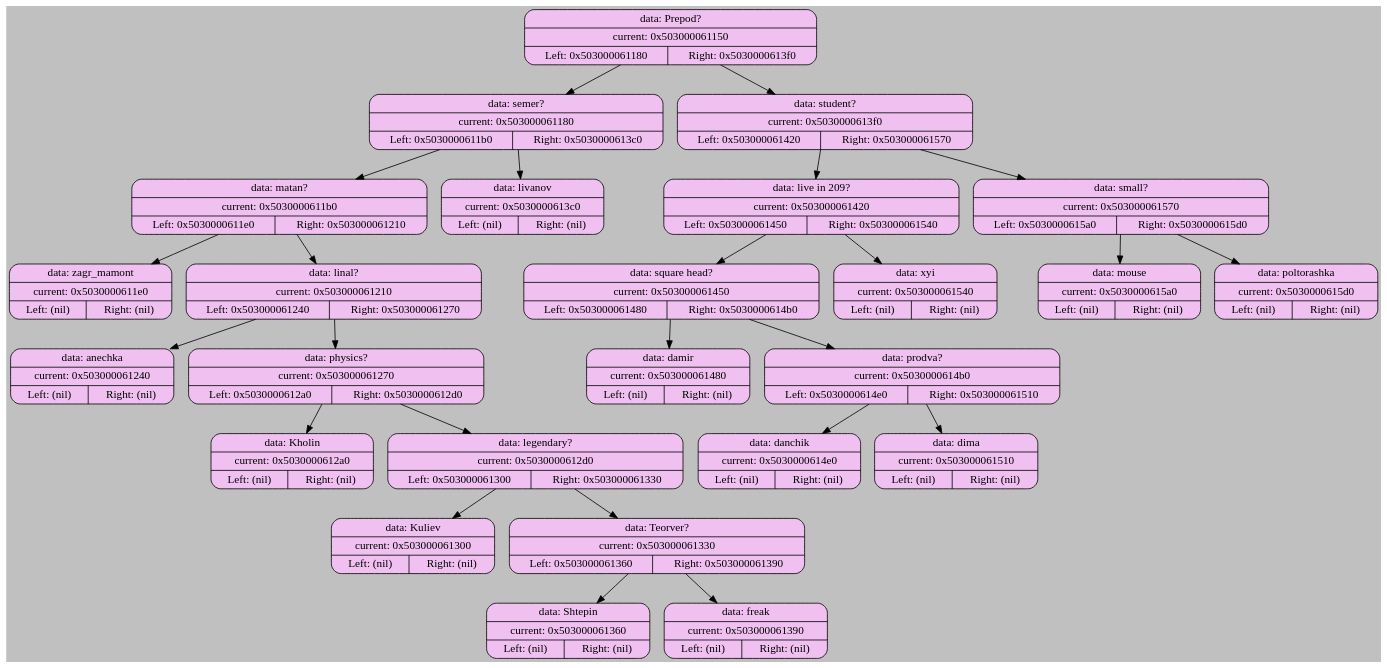
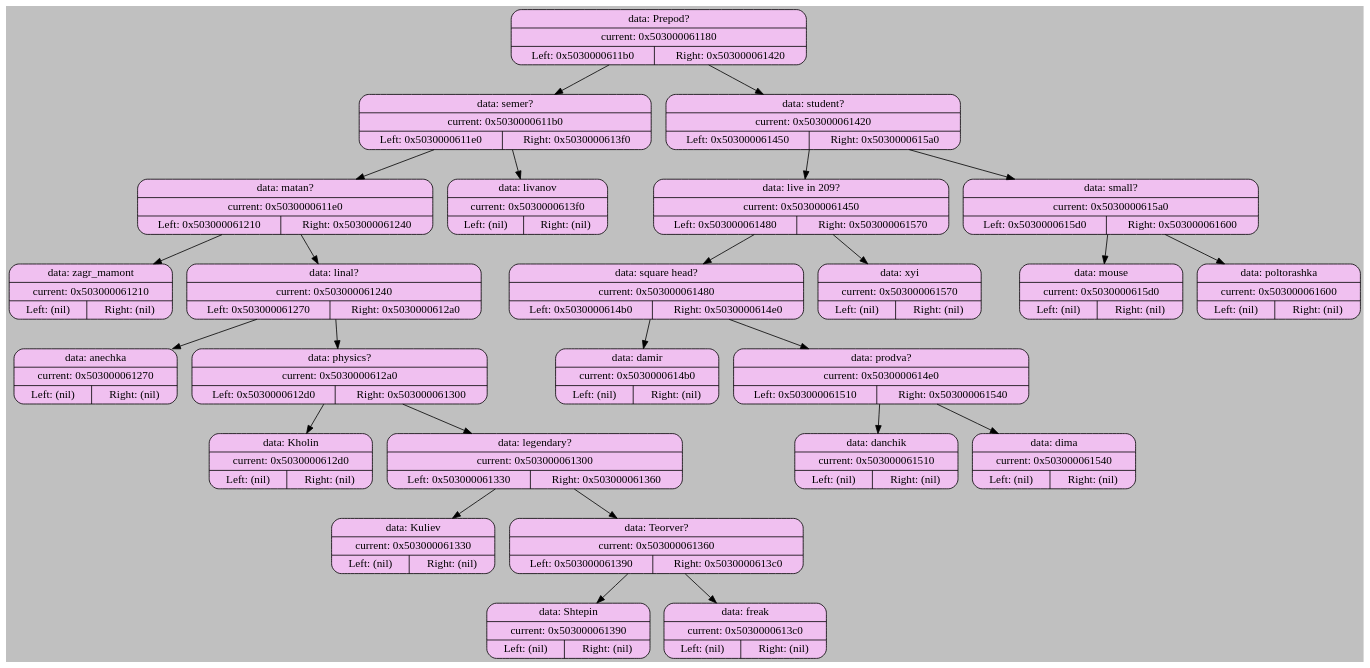
The diagram in graph_dump/graph_1.dot (Atlaxsyys/akinator), drawn with Graphviz before and after one commit. The commit also changed 12 other files, not shown here.

```diff
--- a/graph_dump/graph_1.dot
+++ b/graph_dump/graph_1.dot
@@ -1,54 +1,54 @@
 digraph BinaryTree {
     bgcolor="#C0C0C0";
 
     node [shape=record];
-    "0x503000061150" [shape=Mrecord, style=filled; fillcolor="#F0C0F0"; label="{data: Prepod? | current: 0x503000061150 | { Left: 0x503000061180 | Right: 0x5030000613f0 } }"];
-    "0x503000061150" -> "0x503000061180";
-    "0x503000061180" [shape=Mrecord, style=filled; fillcolor="#F0C0F0"; label="{data: semer? | current: 0x503000061180 | { Left: 0x5030000611b0 | Right: 0x5030000613c0 } }"];
+    "0x503000061180" [shape=Mrecord, style=filled; fillcolor="#F0C0F0"; label="{data: Prepod? | current: 0x503000061180 | { Left: 0x5030000611b0 | Right: 0x503000061420 } }"];
     "0x503000061180" -> "0x5030000611b0";
-    "0x5030000611b0" [shape=Mrecord, style=filled; fillcolor="#F0C0F0"; label="{data: matan? | current: 0x5030000611b0 | { Left: 0x5030000611e0 | Right: 0x503000061210 } }"];
+    "0x5030000611b0" [shape=Mrecord, style=filled; fillcolor="#F0C0F0"; label="{data: semer? | current: 0x5030000611b0 | { Left: 0x5030000611e0 | Right: 0x5030000613f0 } }"];
     "0x5030000611b0" -> "0x5030000611e0";
-    "0x5030000611e0" [shape=Mrecord, style=filled; fillcolor="#F0C0F0"; label="{data: zagr_mamont | current: 0x5030000611e0 | { Left: (nil) | Right: (nil) } }"];
-    "0x5030000611b0" -> "0x503000061210";
-    "0x503000061210" [shape=Mrecord, style=filled; fillcolor="#F0C0F0"; label="{data: linal? | current: 0x503000061210 | { Left: 0x503000061240 | Right: 0x503000061270 } }"];
-    "0x503000061210" -> "0x503000061240";
-    "0x503000061240" [shape=Mrecord, style=filled; fillcolor="#F0C0F0"; label="{data: anechka | current: 0x503000061240 | { Left: (nil) | Right: (nil) } }"];
-    "0x503000061210" -> "0x503000061270";
-    "0x503000061270" [shape=Mrecord, style=filled; fillcolor="#F0C0F0"; label="{data: physics? | current: 0x503000061270 | { Left: 0x5030000612a0 | Right: 0x5030000612d0 } }"];
-    "0x503000061270" -> "0x5030000612a0";
-    "0x5030000612a0" [shape=Mrecord, style=filled; fillcolor="#F0C0F0"; label="{data: Kholin | current: 0x5030000612a0 | { Left: (nil) | Right: (nil) } }"];
-    "0x503000061270" -> "0x5030000612d0";
-    "0x5030000612d0" [shape=Mrecord, style=filled; fillcolor="#F0C0F0"; label="{data: legendary? | current: 0x5030000612d0 | { Left: 0x503000061300 | Right: 0x503000061330 } }"];
-    "0x5030000612d0" -> "0x503000061300";
-    "0x503000061300" [shape=Mrecord, style=filled; fillcolor="#F0C0F0"; label="{data: Kuliev | current: 0x503000061300 | { Left: (nil) | Right: (nil) } }"];
-    "0x5030000612d0" -> "0x503000061330";
-    "0x503000061330" [shape=Mrecord, style=filled; fillcolor="#F0C0F0"; label="{data: Teorver? | current: 0x503000061330 | { Left: 0x503000061360 | Right: 0x503000061390 } }"];
-    "0x503000061330" -> "0x503000061360";
-    "0x503000061360" [shape=Mrecord, style=filled; fillcolor="#F0C0F0"; label="{data: Shtepin | current: 0x503000061360 | { Left: (nil) | Right: (nil) } }"];
-    "0x503000061330" -> "0x503000061390";
-    "0x503000061390" [shape=Mrecord, style=filled; fillcolor="#F0C0F0"; label="{data: freak | current: 0x503000061390 | { Left: (nil) | Right: (nil) } }"];
-    "0x503000061180" -> "0x5030000613c0";
-    "0x5030000613c0" [shape=Mrecord, style=filled; fillcolor="#F0C0F0"; label="{data: livanov | current: 0x5030000613c0 | { Left: (nil) | Right: (nil) } }"];
-    "0x503000061150" -> "0x5030000613f0";
-    "0x5030000613f0" [shape=Mrecord, style=filled; fillcolor="#F0C0F0"; label="{data: student? | current: 0x5030000613f0 | { Left: 0x503000061420 | Right: 0x503000061570 } }"];
-    "0x5030000613f0" -> "0x503000061420";
-    "0x503000061420" [shape=Mrecord, style=filled; fillcolor="#F0C0F0"; label="{data: live in 209? | current: 0x503000061420 | { Left: 0x503000061450 | Right: 0x503000061540 } }"];
+    "0x5030000611e0" [shape=Mrecord, style=filled; fillcolor="#F0C0F0"; label="{data: matan? | current: 0x5030000611e0 | { Left: 0x503000061210 | Right: 0x503000061240 } }"];
+    "0x5030000611e0" -> "0x503000061210";
+    "0x503000061210" [shape=Mrecord, style=filled; fillcolor="#F0C0F0"; label="{data: zagr_mamont | current: 0x503000061210 | { Left: (nil) | Right: (nil) } }"];
+    "0x5030000611e0" -> "0x503000061240";
+    "0x503000061240" [shape=Mrecord, style=filled; fillcolor="#F0C0F0"; label="{data: linal? | current: 0x503000061240 | { Left: 0x503000061270 | Right: 0x5030000612a0 } }"];
+    "0x503000061240" -> "0x503000061270";
+    "0x503000061270" [shape=Mrecord, style=filled; fillcolor="#F0C0F0"; label="{data: anechka | current: 0x503000061270 | { Left: (nil) | Right: (nil) } }"];
+    "0x503000061240" -> "0x5030000612a0";
+    "0x5030000612a0" [shape=Mrecord, style=filled; fillcolor="#F0C0F0"; label="{data: physics? | current: 0x5030000612a0 | { Left: 0x5030000612d0 | Right: 0x503000061300 } }"];
+    "0x5030000612a0" -> "0x5030000612d0";
+    "0x5030000612d0" [shape=Mrecord, style=filled; fillcolor="#F0C0F0"; label="{data: Kholin | current: 0x5030000612d0 | { Left: (nil) | Right: (nil) } }"];
+    "0x5030000612a0" -> "0x503000061300";
+    "0x503000061300" [shape=Mrecord, style=filled; fillcolor="#F0C0F0"; label="{data: legendary? | current: 0x503000061300 | { Left: 0x503000061330 | Right: 0x503000061360 } }"];
+    "0x503000061300" -> "0x503000061330";
+    "0x503000061330" [shape=Mrecord, style=filled; fillcolor="#F0C0F0"; label="{data: Kuliev | current: 0x503000061330 | { Left: (nil) | Right: (nil) } }"];
+    "0x503000061300" -> "0x503000061360";
+    "0x503000061360" [shape=Mrecord, style=filled; fillcolor="#F0C0F0"; label="{data: Teorver? | current: 0x503000061360 | { Left: 0x503000061390 | Right: 0x5030000613c0 } }"];
+    "0x503000061360" -> "0x503000061390";
+    "0x503000061390" [shape=Mrecord, style=filled; fillcolor="#F0C0F0"; label="{data: Shtepin | current: 0x503000061390 | { Left: (nil) | Right: (nil) } }"];
+    "0x503000061360" -> "0x5030000613c0";
+    "0x5030000613c0" [shape=Mrecord, style=filled; fillcolor="#F0C0F0"; label="{data: freak | current: 0x5030000613c0 | { Left: (nil) | Right: (nil) } }"];
+    "0x5030000611b0" -> "0x5030000613f0";
+    "0x5030000613f0" [shape=Mrecord, style=filled; fillcolor="#F0C0F0"; label="{data: livanov | current: 0x5030000613f0 | { Left: (nil) | Right: (nil) } }"];
+    "0x503000061180" -> "0x503000061420";
+    "0x503000061420" [shape=Mrecord, style=filled; fillcolor="#F0C0F0"; label="{data: student? | current: 0x503000061420 | { Left: 0x503000061450 | Right: 0x5030000615a0 } }"];
     "0x503000061420" -> "0x503000061450";
-    "0x503000061450" [shape=Mrecord, style=filled; fillcolor="#F0C0F0"; label="{data: square head? | current: 0x503000061450 | { Left: 0x503000061480 | Right: 0x5030000614b0 } }"];
+    "0x503000061450" [shape=Mrecord, style=filled; fillcolor="#F0C0F0"; label="{data: live in 209? | current: 0x503000061450 | { Left: 0x503000061480 | Right: 0x503000061570 } }"];
     "0x503000061450" -> "0x503000061480";
-    "0x503000061480" [shape=Mrecord, style=filled; fillcolor="#F0C0F0"; label="{data: damir | current: 0x503000061480 | { Left: (nil) | Right: (nil) } }"];
-    "0x503000061450" -> "0x5030000614b0";
-    "0x5030000614b0" [shape=Mrecord, style=filled; fillcolor="#F0C0F0"; label="{data: prodva? | current: 0x5030000614b0 | { Left: 0x5030000614e0 | Right: 0x503000061510 } }"];
-    "0x5030000614b0" -> "0x5030000614e0";
-    "0x5030000614e0" [shape=Mrecord, style=filled; fillcolor="#F0C0F0"; label="{data: danchik | current: 0x5030000614e0 | { Left: (nil) | Right: (nil) } }"];
-    "0x5030000614b0" -> "0x503000061510";
-    "0x503000061510" [shape=Mrecord, style=filled; fillcolor="#F0C0F0"; label="{data: dima | current: 0x503000061510 | { Left: (nil) | Right: (nil) } }"];
-    "0x503000061420" -> "0x503000061540";
-    "0x503000061540" [shape=Mrecord, style=filled; fillcolor="#F0C0F0"; label="{data: xyi | current: 0x503000061540 | { Left: (nil) | Right: (nil) } }"];
-    "0x5030000613f0" -> "0x503000061570";
-    "0x503000061570" [shape=Mrecord, style=filled; fillcolor="#F0C0F0"; label="{data: small? | current: 0x503000061570 | { Left: 0x5030000615a0 | Right: 0x5030000615d0 } }"];
-    "0x503000061570" -> "0x5030000615a0";
-    "0x5030000615a0" [shape=Mrecord, style=filled; fillcolor="#F0C0F0"; label="{data: mouse | current: 0x5030000615a0 | { Left: (nil) | Right: (nil) } }"];
-    "0x503000061570" -> "0x5030000615d0";
-    "0x5030000615d0" [shape=Mrecord, style=filled; fillcolor="#F0C0F0"; label="{data: poltorashka | current: 0x5030000615d0 | { Left: (nil) | Right: (nil) } }"];
+    "0x503000061480" [shape=Mrecord, style=filled; fillcolor="#F0C0F0"; label="{data: square head? | current: 0x503000061480 | { Left: 0x5030000614b0 | Right: 0x5030000614e0 } }"];
+    "0x503000061480" -> "0x5030000614b0";
+    "0x5030000614b0" [shape=Mrecord, style=filled; fillcolor="#F0C0F0"; label="{data: damir | current: 0x5030000614b0 | { Left: (nil) | Right: (nil) } }"];
+    "0x503000061480" -> "0x5030000614e0";
+    "0x5030000614e0" [shape=Mrecord, style=filled; fillcolor="#F0C0F0"; label="{data: prodva? | current: 0x5030000614e0 | { Left: 0x503000061510 | Right: 0x503000061540 } }"];
+    "0x5030000614e0" -> "0x503000061510";
+    "0x503000061510" [shape=Mrecord, style=filled; fillcolor="#F0C0F0"; label="{data: danchik | current: 0x503000061510 | { Left: (nil) | Right: (nil) } }"];
+    "0x5030000614e0" -> "0x503000061540";
+    "0x503000061540" [shape=Mrecord, style=filled; fillcolor="#F0C0F0"; label="{data: dima | current: 0x503000061540 | { Left: (nil) | Right: (nil) } }"];
+    "0x503000061450" -> "0x503000061570";
+    "0x503000061570" [shape=Mrecord, style=filled; fillcolor="#F0C0F0"; label="{data: xyi | current: 0x503000061570 | { Left: (nil) | Right: (nil) } }"];
+    "0x503000061420" -> "0x5030000615a0";
+    "0x5030000615a0" [shape=Mrecord, style=filled; fillcolor="#F0C0F0"; label="{data: small? | current: 0x5030000615a0 | { Left: 0x5030000615d0 | Right: 0x503000061600 } }"];
+    "0x5030000615a0" -> "0x5030000615d0";
+    "0x5030000615d0" [shape=Mrecord, style=filled; fillcolor="#F0C0F0"; label="{data: mouse | current: 0x5030000615d0 | { Left: (nil) | Right: (nil) } }"];
+    "0x5030000615a0" -> "0x503000061600";
+    "0x503000061600" [shape=Mrecord, style=filled; fillcolor="#F0C0F0"; label="{data: poltorashka | current: 0x503000061600 | { Left: (nil) | Right: (nil) } }"];
 }
```
